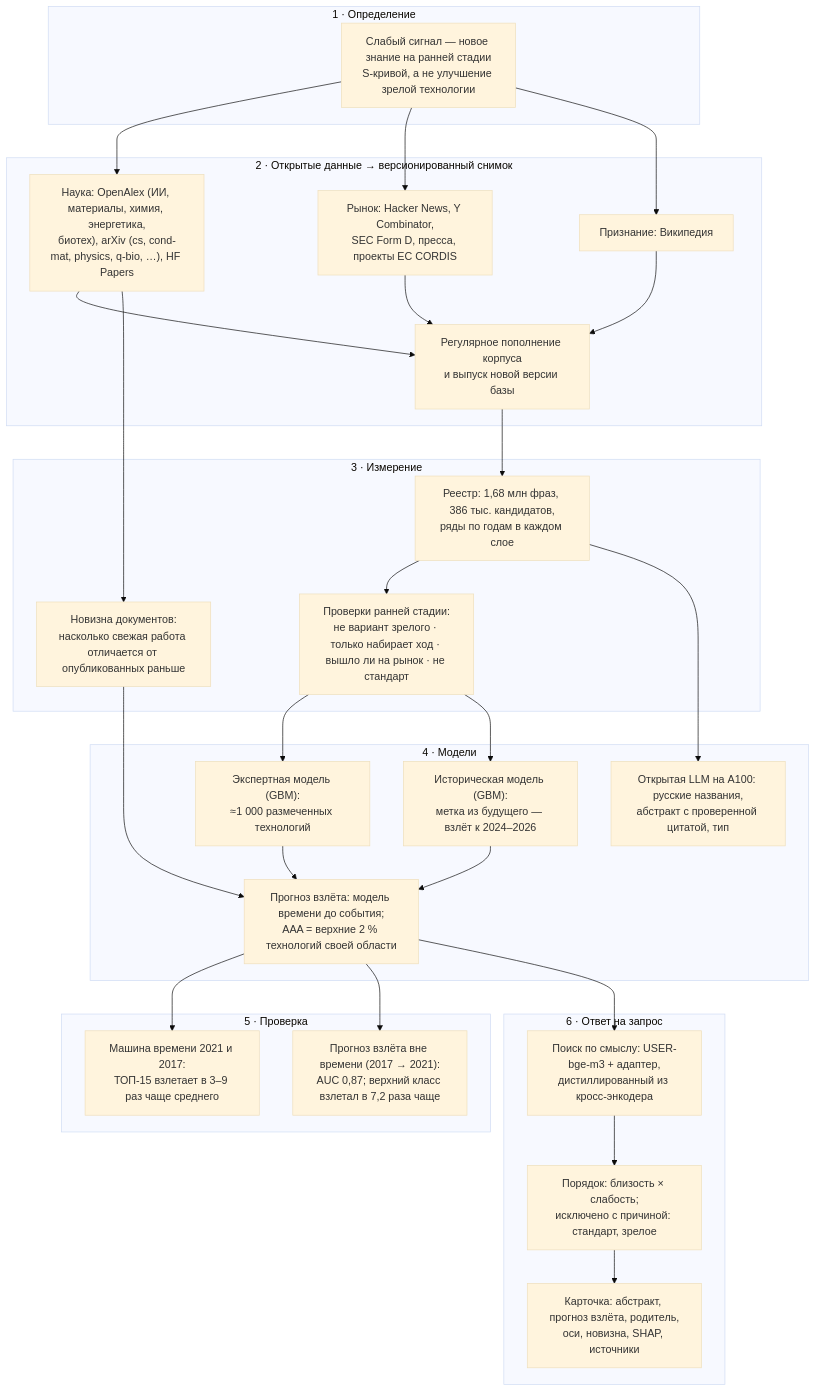
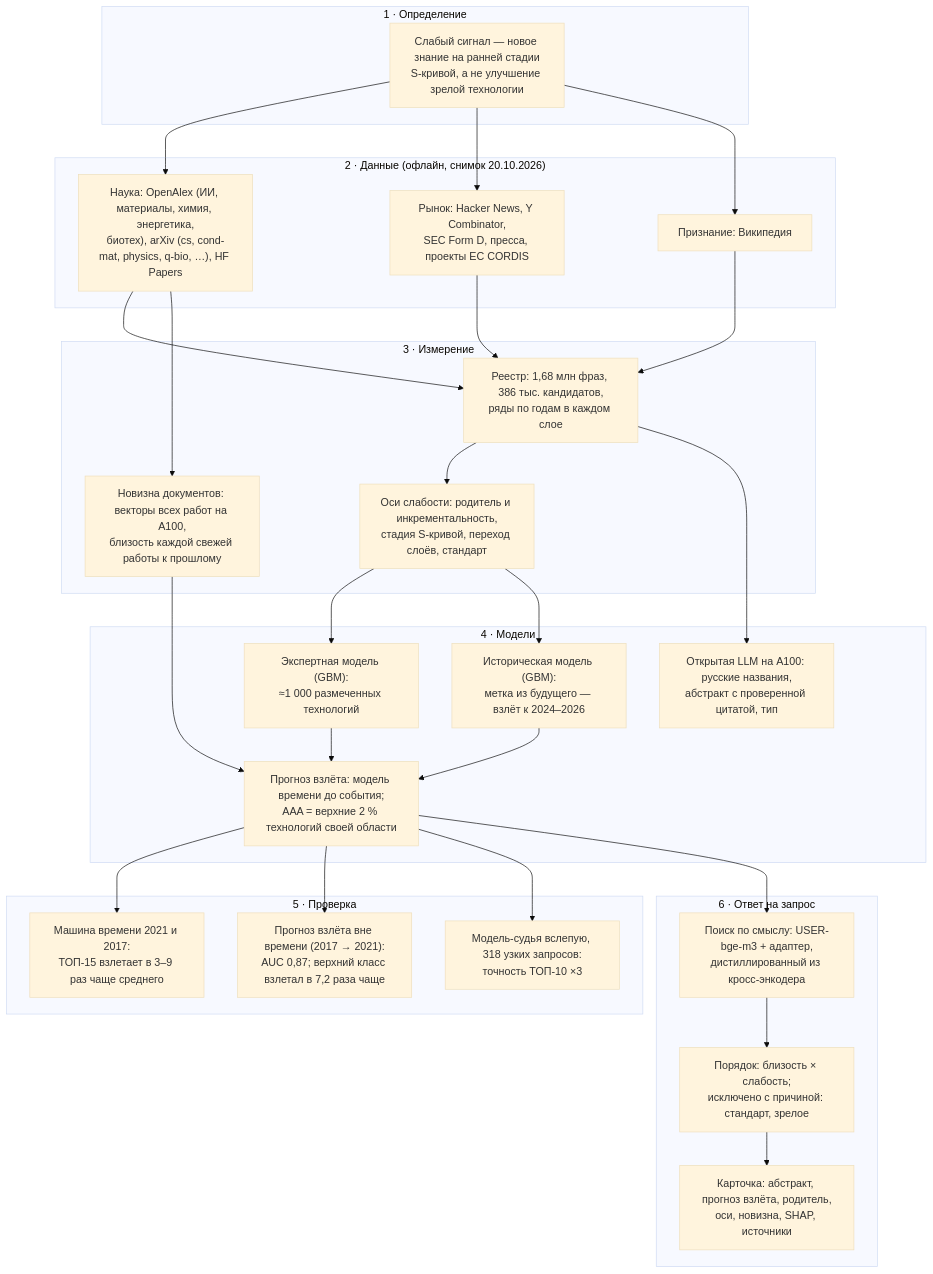
One commit to weak-signals-forecast/predvestnik changed the diagram in README.md. Above: the diagram before and after it, drawn with Mermaid (base theme). The commit also changed other lines of this file and 9 other files, not shown here.

````diff
--- a/README.md
+++ b/README.md
@@ -100,37 +90,37 @@
 ```mermaid
 flowchart TB
     subgraph D0["1 · Определение"]
         H["Слабый сигнал — новое знание на ранней стадии<br/>S-кривой, а не улучшение зрелой технологии"]
     end
-    subgraph D1["2 · Открытые данные → версионированный снимок"]
+    subgraph D1["2 · Данные (офлайн, снимок 20.10.2026)"]
         C1["Наука: OpenAlex (ИИ, материалы, химия, энергетика,<br/>биотех), arXiv (cs, cond-mat, physics, q-bio, …), HF Papers"]
         C2["Рынок: Hacker News, Y Combinator,<br/>SEC Form D, пресса, проекты ЕС CORDIS"]
         C3["Признание: Википедия"]
-        U["Регулярное пополнение корпуса<br/>и выпуск новой версии базы"]
     end
     subgraph D2["3 · Измерение"]
         R["Реестр: 1,68 млн фраз, 386 тыс. кандидатов,<br/>ряды по годам в каждом слое"]
-        A["Проверки ранней стадии:<br/>не вариант зрелого · только набирает ход · вышло ли на рынок · не стандарт"]
-        N["Новизна документов:<br/>насколько свежая работа отличается от опубликованных раньше"]
+        A["Оси слабости: родитель и инкрементальность,<br/>стадия S-кривой, переход слоёв, стандарт"]
+        N["Новизна документов: векторы всех работ на A100,<br/>близость каждой свежей работы к прошлому"]
     end
     subgraph D3["4 · Модели"]
         M1["Экспертная модель (GBM):<br/>≈1 000 размеченных технологий"]
         M2["Историческая модель (GBM):<br/>метка из будущего — взлёт к 2024–2026"]
         P["Прогноз взлёта: модель времени до события;<br/>AAA = верхние 2 % технологий своей области"]
         L["Открытая LLM на A100: русские названия,<br/>абстракт с проверенной цитатой, тип"]
     end
     subgraph D4["5 · Проверка"]
         V1["Машина времени 2021 и 2017:<br/>ТОП-15 взлетает в 3–9 раз чаще среднего"]
         V2["Прогноз взлёта вне времени (2017 → 2021):<br/>AUC 0,87; верхний класс взлетал в 7,2 раза чаще"]
+        V3["Модель-судья вслепую, 318 узких запросов:<br/>точность ТОП-10 ×3"]
     end
     subgraph D5["6 · Ответ на запрос"]
         O["Поиск по смыслу: USER-bge-m3 + адаптер,<br/>дистиллированный из кросс-энкодера"]
         X["Порядок: близость × слабость;<br/>исключено с причиной: стандарт, зрелое"]
         K["Карточка: абстракт, прогноз взлёта, родитель,<br/>оси, новизна, SHAP, источники"]
     end
-    H --> C1 & C2 & C3 --> U --> R --> A --> M1 & M2 --> P
+    H --> C1 & C2 & C3 --> R --> A --> M1 & M2 --> P
     C1 --> N --> P
     R --> L
-    P --> V1 & V2
+    P --> V1 & V2 & V3
     P --> O --> X --> K
 ```
````
